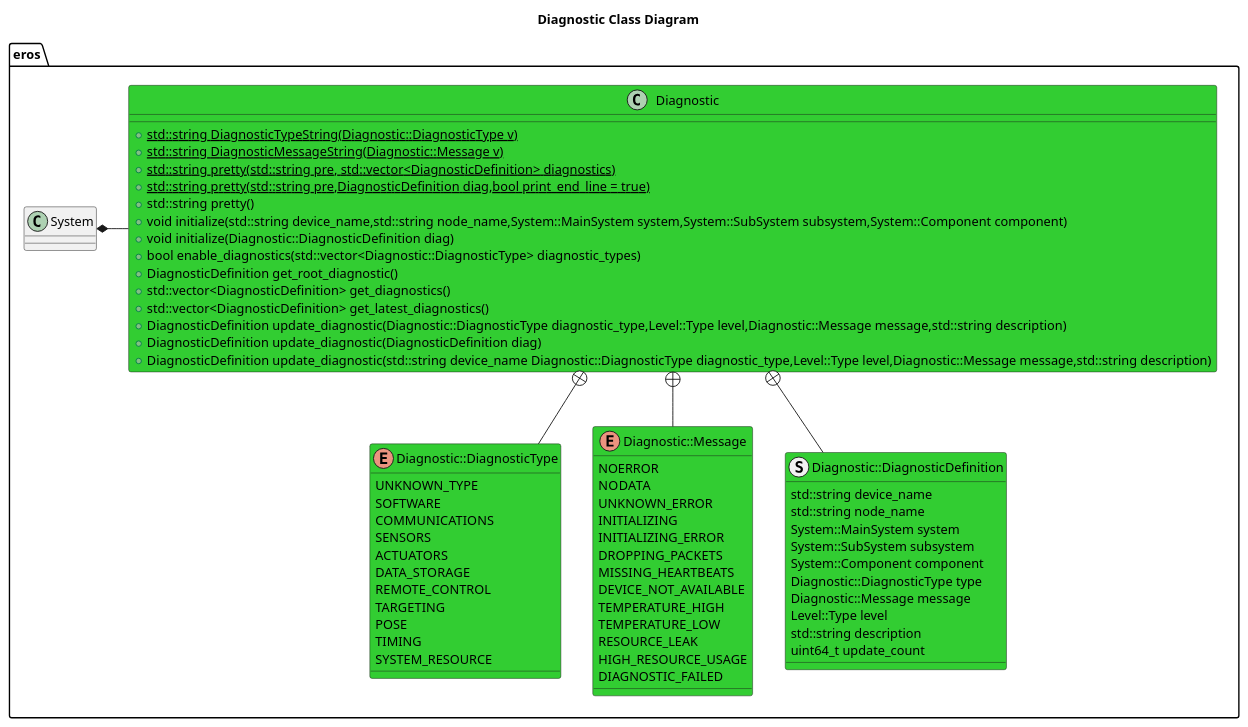
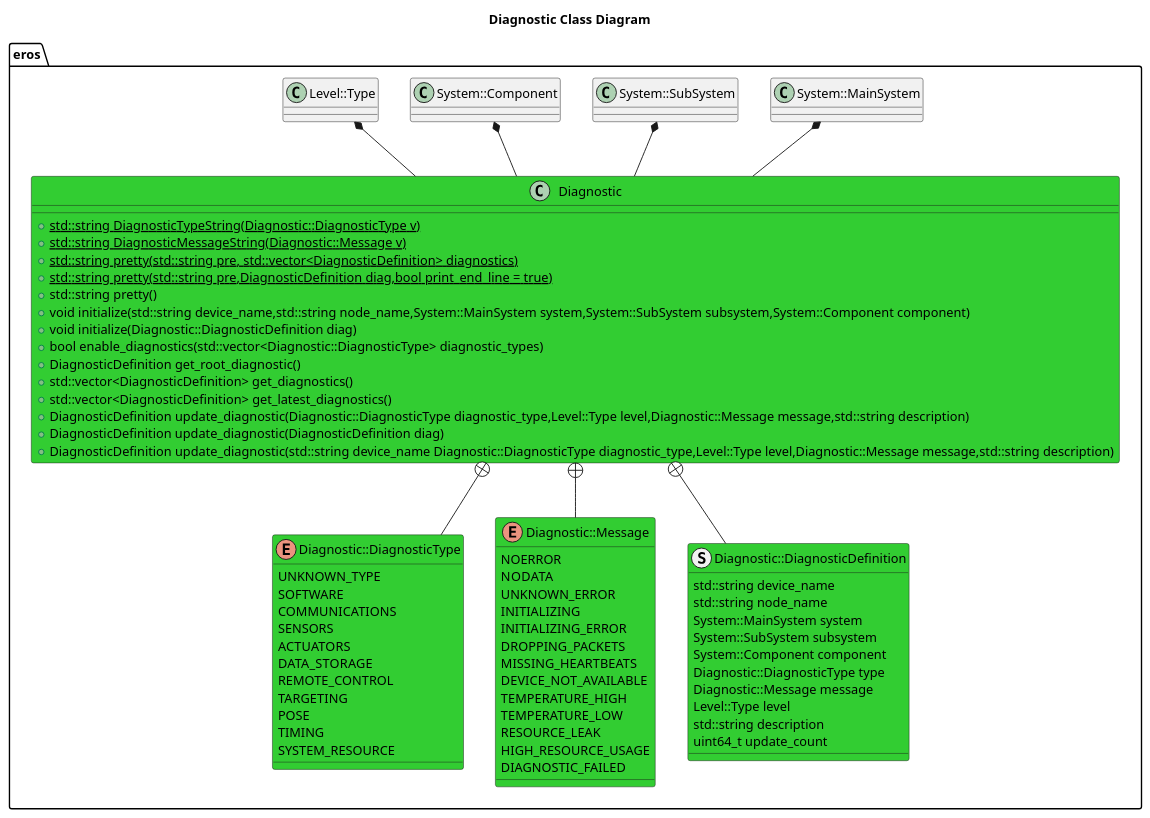
One commit to dgitz/eros changed the diagram in include/eros/doc/DiagnosticClassDiagram.puml. Above: the diagram before and after it, drawn with PlantUML.

```diff
--- a/include/eros/doc/DiagnosticClassDiagram.puml
+++ b/include/eros/doc/DiagnosticClassDiagram.puml
@@ -1,75 +1,81 @@
 @startuml
 title Diagnostic Class Diagram
 package eros {
-    class System
+    class System::MainSystem
+    class System::SubSystem
+    class System::Component
+    class Level::Type
     together {
         class Diagnostic
         enum Diagnostic::DiagnosticType
         enum Diagnostic::Message
         struct Diagnostic::DiagnosticDefinition
     }
     enum Diagnostic::DiagnosticType #LimeGreen {
         UNKNOWN_TYPE 
         SOFTWARE
         COMMUNICATIONS
         SENSORS 
         ACTUATORS
         DATA_STORAGE
         REMOTE_CONTROL
         TARGETING
         POSE
         TIMING
         SYSTEM_RESOURCE
     }
     enum Diagnostic::Message #LimeGreen {
         NOERROR
         NODATA
         UNKNOWN_ERROR
         INITIALIZING
         INITIALIZING_ERROR
         DROPPING_PACKETS
         MISSING_HEARTBEATS
         DEVICE_NOT_AVAILABLE
         TEMPERATURE_HIGH
         TEMPERATURE_LOW
         RESOURCE_LEAK
         HIGH_RESOURCE_USAGE
         DIAGNOSTIC_FAILED
 
     }
     struct Diagnostic::DiagnosticDefinition #LimeGreen {
         std::string device_name
         std::string node_name
         System::MainSystem system
         System::SubSystem subsystem
         System::Component component
         Diagnostic::DiagnosticType type
         Diagnostic::Message message
         Level::Type level
         std::string description
         uint64_t update_count
     }
     Diagnostic +-- Diagnostic::Message
     Diagnostic +-- Diagnostic::DiagnosticType
     Diagnostic +-- Diagnostic::DiagnosticDefinition
-    System *- Diagnostic
+    System::MainSystem *-- Diagnostic
+    System::SubSystem *-- Diagnostic
+    System::Component *-- Diagnostic
+    Level::Type *-- Diagnostic
     class Diagnostic #LimeGreen {
 
         +{static} std::string DiagnosticTypeString(Diagnostic::DiagnosticType v)
         +{static} std::string DiagnosticMessageString(Diagnostic::Message v)
         +{static} std::string pretty(std::string pre, std::vector<DiagnosticDefinition> diagnostics)
         +{static} std::string pretty(std::string pre,DiagnosticDefinition diag,bool print_end_line = true)
         
         +std::string pretty()
         +void initialize(std::string device_name,std::string node_name,System::MainSystem system,System::SubSystem subsystem,System::Component component)
         +void initialize(Diagnostic::DiagnosticDefinition diag)
         +bool enable_diagnostics(std::vector<Diagnostic::DiagnosticType> diagnostic_types)
         +DiagnosticDefinition get_root_diagnostic() 
         +std::vector<DiagnosticDefinition> get_diagnostics()
         +std::vector<DiagnosticDefinition> get_latest_diagnostics()
         +DiagnosticDefinition update_diagnostic(Diagnostic::DiagnosticType diagnostic_type,Level::Type level,Diagnostic::Message message,std::string description)
         +DiagnosticDefinition update_diagnostic(DiagnosticDefinition diag)
         +DiagnosticDefinition update_diagnostic(std::string device_name Diagnostic::DiagnosticType diagnostic_type,Level::Type level,Diagnostic::Message message,std::string description)
     }
 }
 @enduml
```
